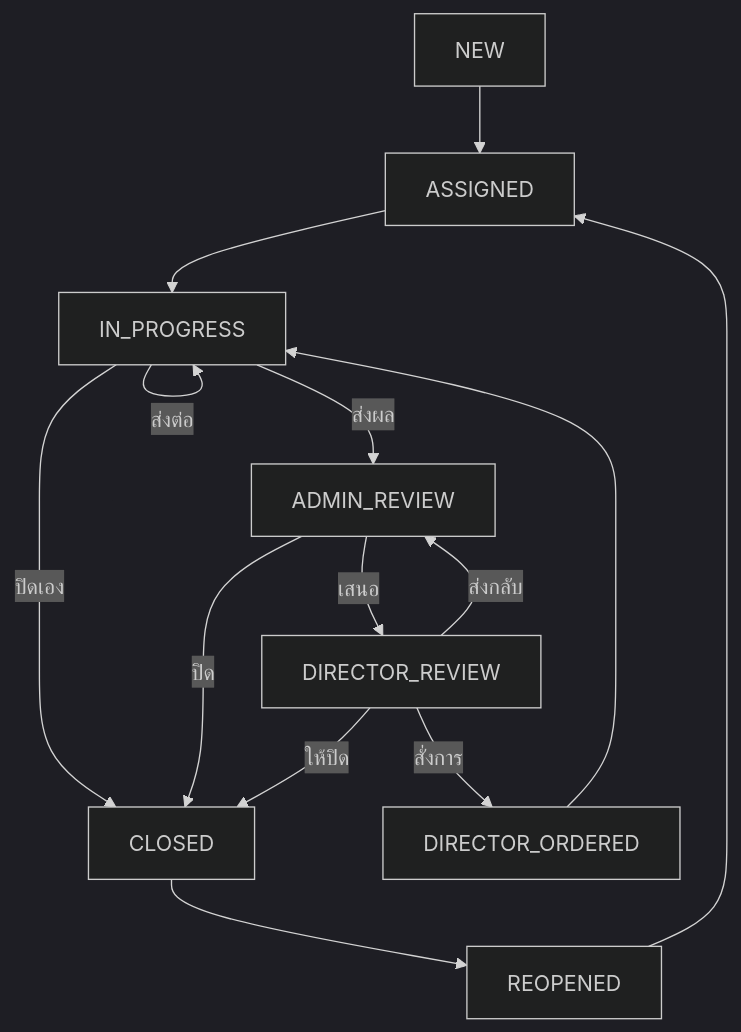
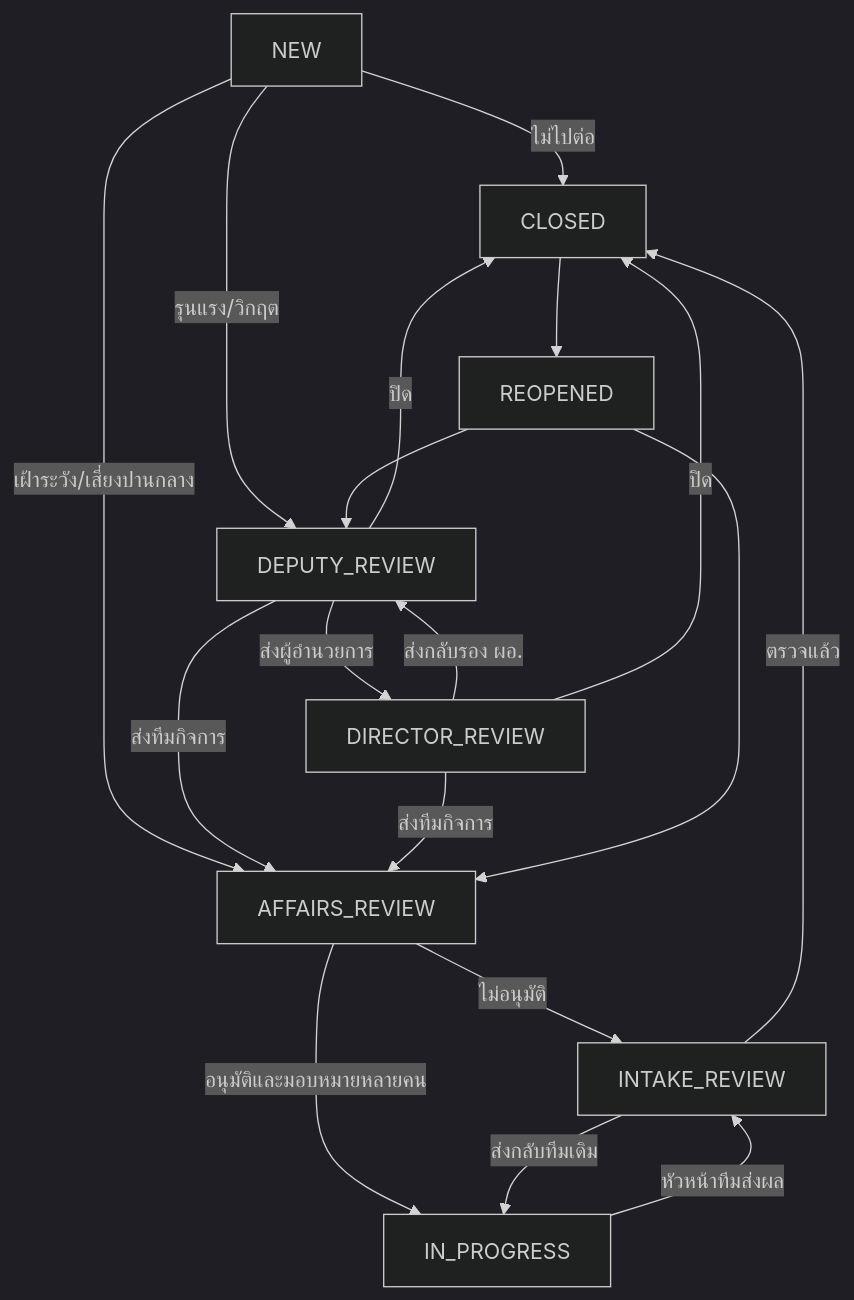
Before and after one commit to cboontact/code-redbox: the second of 4 diagrams in README.md, drawn with Mermaid (dark theme). The commit also changed other lines of this file and 24 other files, not shown here.

````diff
--- a/README.md
+++ b/README.md
@@ -253,16 +266,20 @@
 ```mermaid
 flowchart TD
-  N[NEW] --> A[ASSIGNED]
-  A --> P[IN_PROGRESS]
-  P -->|ปิดเอง| C[CLOSED]
-  P -->|ส่งผล| R[ADMIN_REVIEW]
-  P -->|ส่งต่อ| P
-  R -->|ปิด| C
-  R -->|เสนอ| D[DIRECTOR_REVIEW]
-  D -->|สั่งการ| O[DIRECTOR_ORDERED]
-  O --> P
-  D -->|ส่งกลับ| R
-  D -->|ให้ปิด| C
+  N[NEW] -->|ไม่ไปต่อ| C[CLOSED]
+  N -->|เฝ้าระวัง/เสี่ยงปานกลาง| A[AFFAIRS_REVIEW]
+  N -->|รุนแรง/วิกฤต| D[DEPUTY_REVIEW]
+  A -->|ไม่อนุมัติ| R[INTAKE_REVIEW]
+  A -->|อนุมัติและมอบหมายหลายคน| P[IN_PROGRESS]
+  P -->|หัวหน้าทีมส่งผล| R
+  R -->|ส่งกลับทีมเดิม| P
+  R -->|ตรวจแล้ว| C
+  D -->|ส่งทีมกิจการ| A
+  D -->|ส่งผู้อำนวยการ| E[DIRECTOR_REVIEW]
+  D -->|ปิด| C
+  E -->|ส่งทีมกิจการ| A
+  E -->|ส่งกลับรอง ผอ.| D
+  E -->|ปิด| C
   C --> X[REOPENED]
   X --> A
+  X --> D
 ```
````
